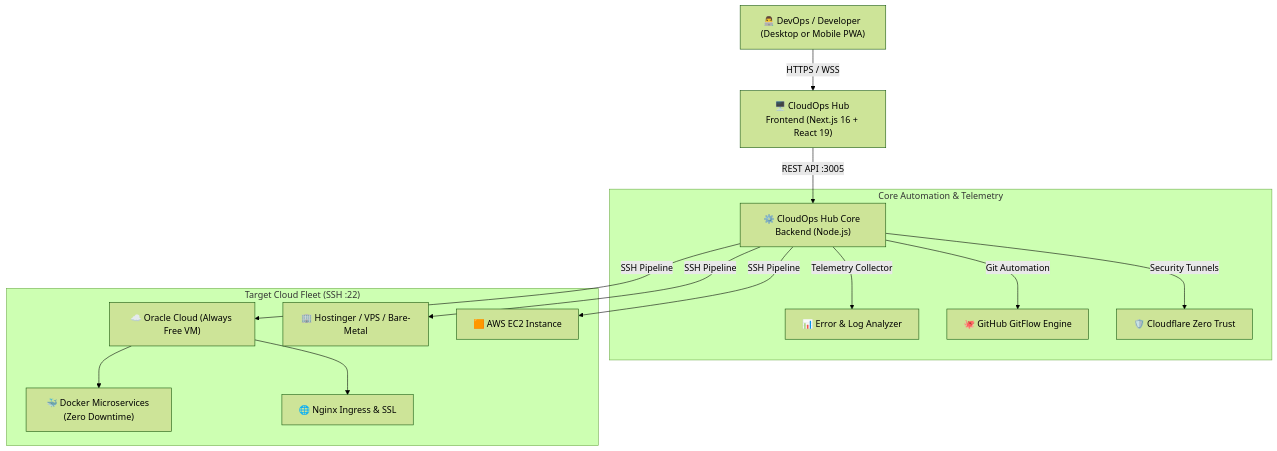
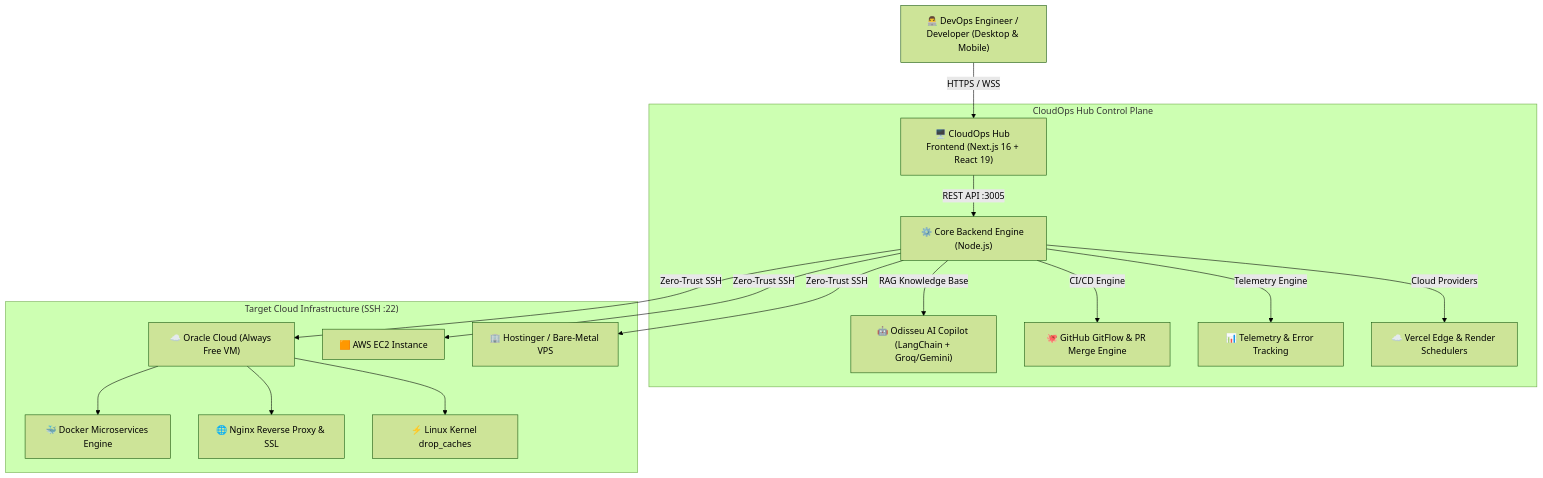
Before and after one commit to ViniScooper/CloudOps_Hub: the diagram in README.md, drawn with Mermaid (forest theme). The commit also changed other lines of this file and 9 other files, not shown here.

````diff
--- a/README.md
+++ b/README.md
@@ -42,20 +89,22 @@
 ```mermaid
 flowchart TD
-    User["👨‍💻 DevOps / Developer (Desktop or Mobile PWA)"] -->|HTTPS / WSS| HubUI["🖥️ CloudOps Hub Frontend (Next.js 16 + React 19)"]
-    HubUI -->|REST API :3005| HubAPI["⚙️ CloudOps Hub Core Backend (Node.js)"]
+    User["👨‍💻 DevOps Engineer / Developer (Desktop & Mobile)"] -->|HTTPS / WSS| HubUI["🖥️ CloudOps Hub Frontend (Next.js 16 + React 19)"]
     
-    subgraph Services["Core Automation & Telemetry"]
-        HubAPI -->|Telemetry Collector| LogEngine["📊 Error & Log Analyzer"]
-        HubAPI -->|Git Automation| GitEngine["🐙 GitHub GitFlow Engine"]
-        HubAPI -->|Security Tunnels| CloudflareEngine["🛡️ Cloudflare Zero Trust"]
+    subgraph HubEngine["CloudOps Hub Control Plane"]
+        HubUI -->|REST API :3005| HubAPI["⚙️ Core Backend Engine (Node.js)"]
+        HubAPI -->|RAG Knowledge Base| Odisseu["🤖 Odisseu AI Copilot (LangChain + Groq/Gemini)"]
+        HubAPI -->|CI/CD Engine| GitFlow["🐙 GitHub GitFlow & PR Merge Engine"]
+        HubAPI -->|Telemetry Engine| Metrics["📊 Telemetry & Error Tracking"]
+        HubAPI -->|Cloud Providers| CloudIntegrations["☁️ Vercel Edge & Render Schedulers"]
     end
-
-    subgraph Infrastructure["Target Cloud Fleet (SSH :22)"]
-        HubAPI -->|SSH Pipeline| OCI["☁️ Oracle Cloud (Always Free VM)"]
-        HubAPI -->|SSH Pipeline| VPS["🏢 Hostinger / VPS / Bare-Metal"]
-        HubAPI -->|SSH Pipeline| AWS["🟧 AWS EC2 Instance"]
+    
+    subgraph TargetFleet["Target Cloud Infrastructure (SSH :22)"]
+        HubAPI -->|Zero-Trust SSH| OCI["☁️ Oracle Cloud (Always Free VM)"]
+        HubAPI -->|Zero-Trust SSH| AWS["🟧 AWS EC2 Instance"]
+        HubAPI -->|Zero-Trust SSH| VPS["🏢 Hostinger / Bare-Metal VPS"]
         
-        OCI --> DockerFleet["🐳 Docker Microservices (Zero Downtime)"]
-        OCI --> NginxProxy["🌐 Nginx Ingress & SSL"]
+        OCI --> DockerEngine["🐳 Docker Microservices Engine"]
+        OCI --> NginxIngress["🌐 Nginx Reverse Proxy & SSL"]
+        OCI --> KernelCache["⚡ Linux Kernel drop_caches"]
     end
 ```
````
